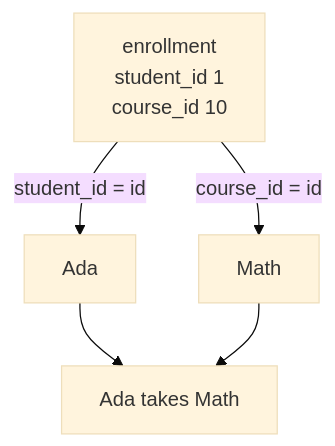
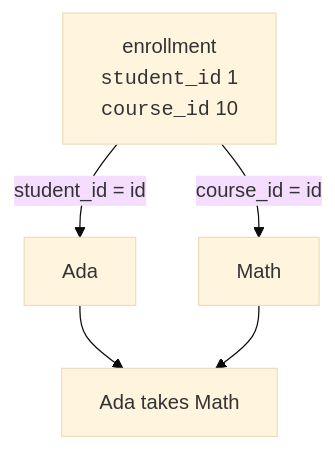
Before and after one commit to dataslope/dataslope: the fifth of 5 diagrams in content/learn/sqlite-for-beginners/many-to-many.mdx, drawn with Mermaid (base theme). The commit also changed other lines of this file and 153 other files, not shown here.

First line of the commit message:
Render code-only mermaid shapes in monospace; convert step sequences to Steps

````diff
--- a/content/learn/sqlite-for-beginners/many-to-many.mdx
+++ b/content/learn/sqlite-for-beginners/many-to-many.mdx
@@ -170,7 +170,7 @@
 ```mermaid
 flowchart TB
-    E1["enrollment<br/>student_id 1<br/>course_id 10"] -->|"student_id = id"| S1["Ada"]
+    E1["enrollment<br/><code>student_id</code> 1<br/><code>course_id</code> 10"] -->|"student_id = id"| S1["Ada"]
     E1 -->|"course_id = id"| C1["Math"]
     S1 --> R["Ada takes Math"]
     C1 --> R
 ```
````
